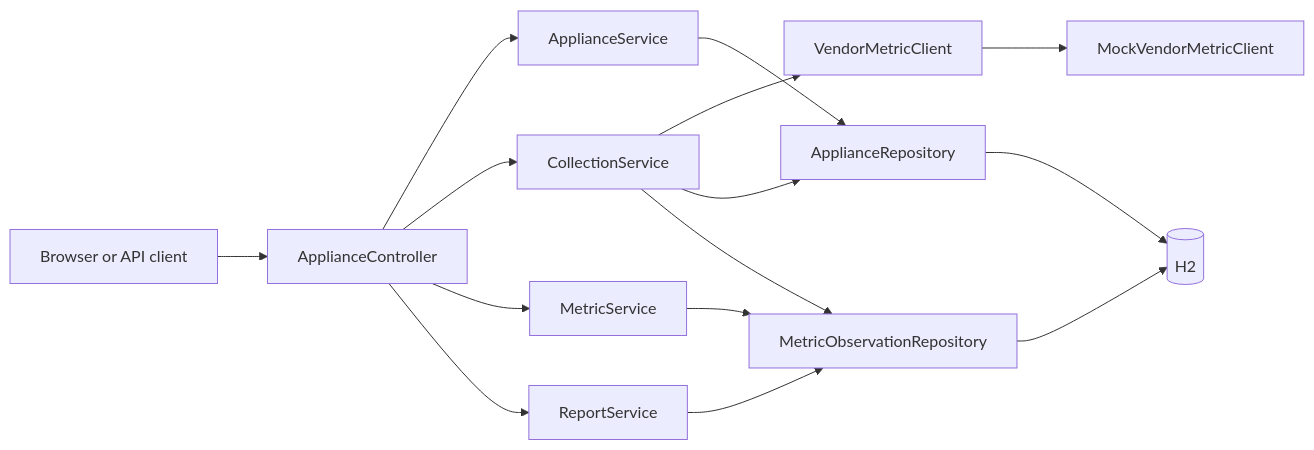
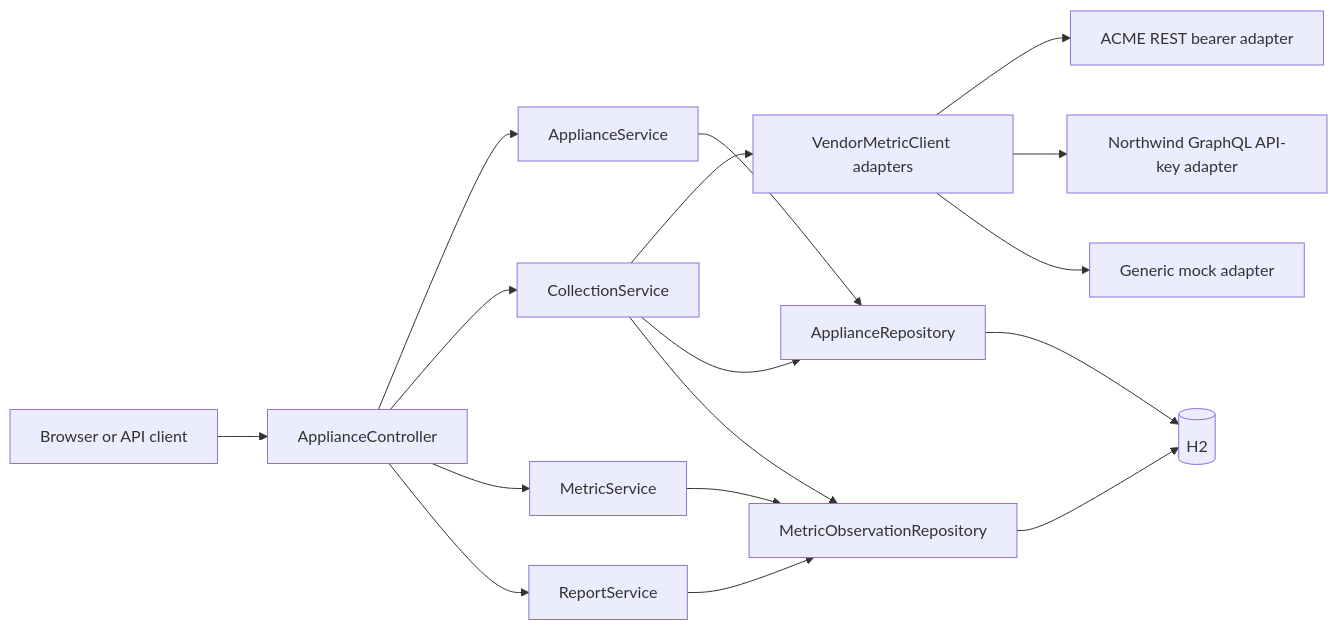
The first of 2 diagrams in DESIGN.md (ranganatha76/iot-appliance-platform), drawn with Mermaid before and after one commit. The commit also changed other lines of this file and 12 other files, not shown here.

Commit message:
Add vendor-specific metric integrations

````diff
--- a/DESIGN.md
+++ b/DESIGN.md
@@ -74,17 +98,19 @@
 ```mermaid
 flowchart LR
     Client[Browser or API client] --> Controller[ApplianceController]
     Controller --> ApplianceService
     Controller --> CollectionService
     Controller --> MetricService
     Controller --> ReportService
-    CollectionService --> VendorClient[VendorMetricClient]
-    VendorClient --> MockClient[MockVendorMetricClient]
+    CollectionService --> VendorClient[VendorMetricClient adapters]
+    VendorClient --> Acme[ACME REST bearer adapter]
+    VendorClient --> Northwind[Northwind GraphQL API-key adapter]
+    VendorClient --> MockClient[Generic mock adapter]
     ApplianceService --> ApplianceRepo[ApplianceRepository]
     CollectionService --> ApplianceRepo
     CollectionService --> MetricRepo[MetricObservationRepository]
     MetricService --> MetricRepo
     ReportService --> MetricRepo
     ApplianceRepo --> H2[(H2)]
     MetricRepo --> H2
 ```
````
